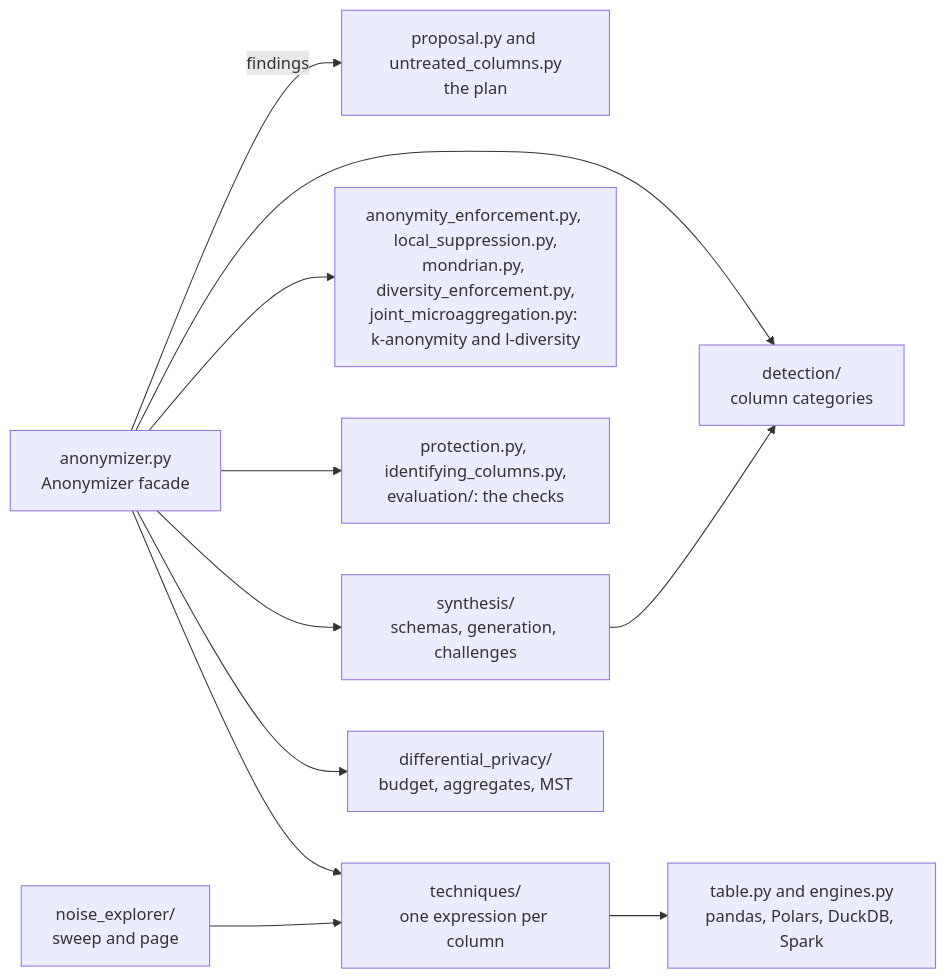
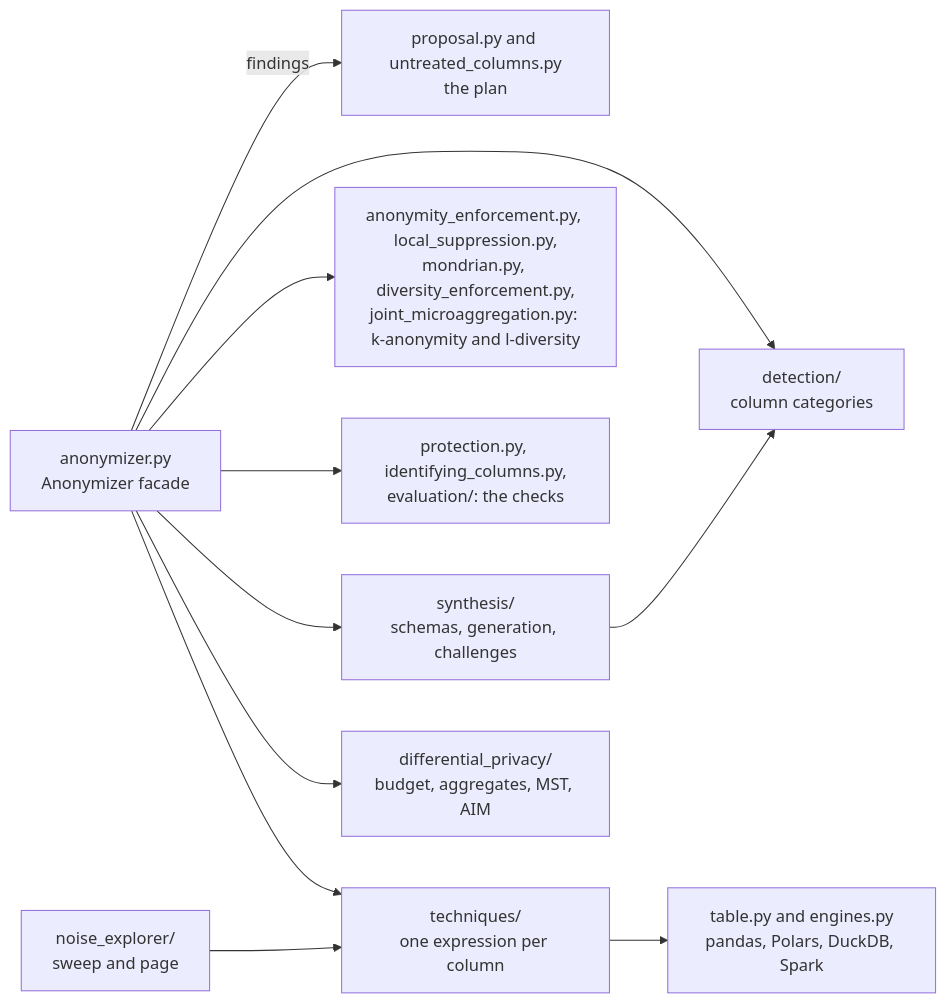
One commit to rmonteiro-pereira/data-anonymizer changed the third of 4 diagrams in ARCHITECTURE.md. Above: the diagram before and after it, drawn with Mermaid. The commit also changed other lines of this file and 15 other files, not shown here.

````diff
--- a/ARCHITECTURE.md
+++ b/ARCHITECTURE.md
@@ -95,23 +95,23 @@
 ```mermaid
 flowchart LR
   facade["anonymizer.py<br/>Anonymizer facade"]
   detection["detection/<br/>column categories"]
   proposal["proposal.py and untreated_columns.py<br/>the plan"]
   techniques["techniques/<br/>one expression per column"]
   table["table.py and engines.py<br/>pandas, Polars, DuckDB, Spark"]
   suppression["anonymity_enforcement.py, local_suppression.py,<br/>mondrian.py, diversity_enforcement.py,<br/>joint_microaggregation.py: k-anonymity and l-diversity"]
   protection["protection.py, identifying_columns.py,<br/>evaluation/: the checks"]
   synthesis["synthesis/<br/>schemas, generation, challenges"]
-  privacy["differential_privacy/<br/>budget, aggregates, MST"]
+  privacy["differential_privacy/<br/>budget, aggregates, MST, AIM"]
   explorer["noise_explorer/<br/>sweep and page"]
 
   facade --> detection
   facade -->|"findings"| proposal
   facade --> techniques --> table
   facade --> suppression
   facade --> protection
   facade --> synthesis
   facade --> privacy
   explorer --> techniques
   synthesis --> detection
 ```
````
